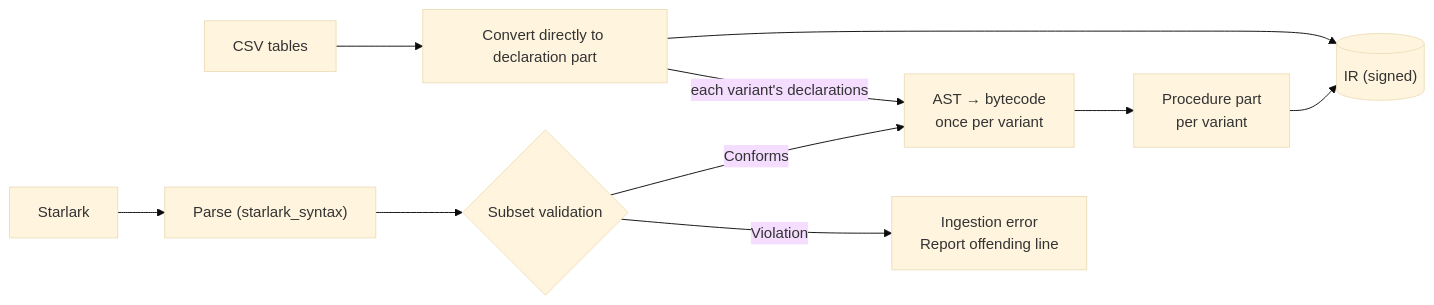
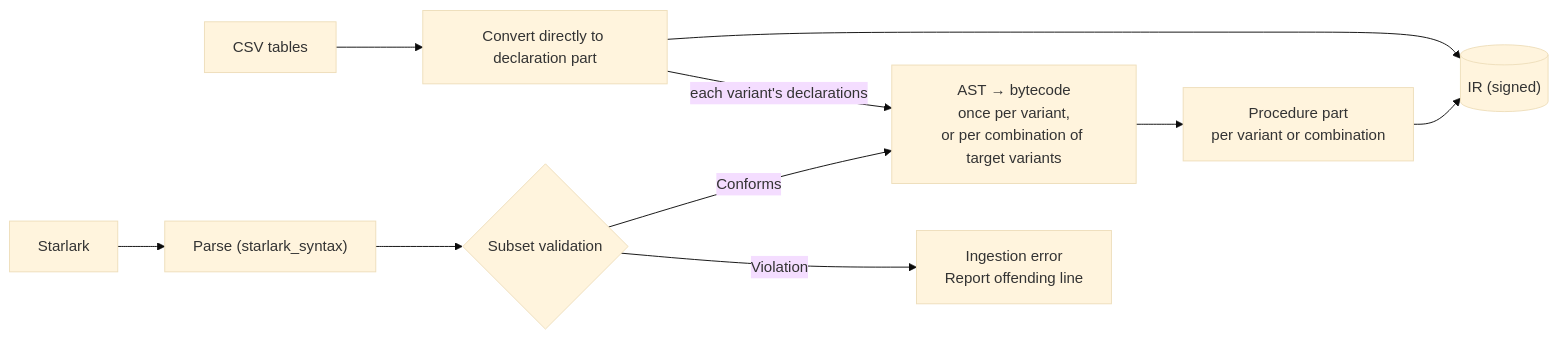
Before and after one commit to okayyoumay/nekoguruma: the sixth of 6 diagrams in docs/system-architecture.md, drawn with Mermaid (base theme). The commit also changed other lines of this file and 28 other files, not shown here.

````diff
--- a/docs/system-architecture.md
+++ b/docs/system-architecture.md
@@ -877,12 +881,12 @@
 ```mermaid
 flowchart LR
     CSV["CSV tables"] --> DECL["Convert directly to declaration part"]
     STAR["Starlark"] --> PARSE["Parse (starlark_syntax)"]
     PARSE --> CHECK{"Subset validation"}
     CHECK -->|Violation| ERR["Ingestion error<br/>Report offending line"]
-    CHECK -->|Conforms| LOWER["AST → bytecode<br/>once per variant"]
+    CHECK -->|Conforms| LOWER["AST → bytecode<br/>once per variant,<br/>or per combination of target variants"]
     DECL -->|"each variant's declarations"| LOWER
-    LOWER --> PROC["Procedure part<br/>per variant"]
+    LOWER --> PROC["Procedure part<br/>per variant or combination"]
     DECL --> IR[("IR (signed)")]
     PROC --> IR
 ```
````
